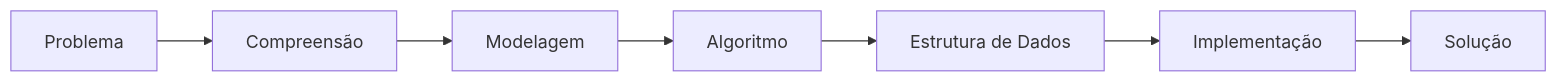
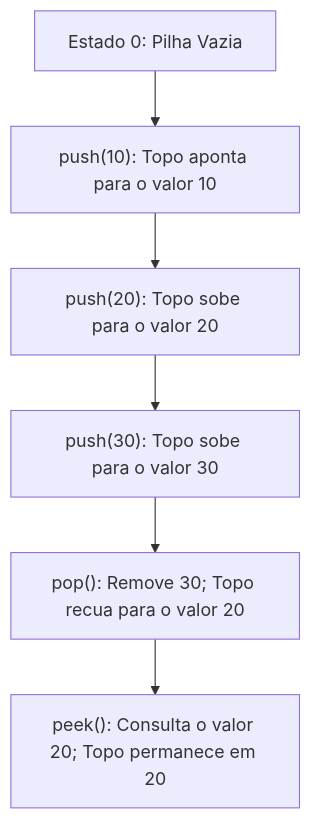
One commit to murilolol/unifef changed the first of 8 diagrams in 4º Semestre/[Prof. Wesley Soares] Estrutura de Dados I/Resumos-IA/Simulados-Comentados.md. Above: the diagram before and after it, drawn with Mermaid. The commit also changed other lines of this file and 25 other files, not shown here.

````diff
--- a/4º Semestre/[Prof. Wesley Soares] Estrutura de Dados I/Resumos-IA/Simulados-Comentados.md
+++ b/4º Semestre/[Prof. Wesley Soares] Estrutura de Dados I/Resumos-IA/Simulados-Comentados.md
@@ -228,9 +124,8 @@
 ```mermaid
-flowchart LR
-    P["Problema"] --> C["Compreensão"]
-    C --> M["Modelagem"]
-    M --> A["Algoritmo"]
-    A --> ED["Estrutura de Dados"]
-    ED --> I["Implementação"]
-    I --> S["Solução"]
+flowchart TD
+    A["Estado 0: Pilha Vazia"] --> B["push(10): Topo aponta para o valor 10"]
+    B --> C["push(20): Topo sobe para o valor 20"]
+    C --> D["push(30): Topo sobe para o valor 30"]
+    D --> E["pop(): Remove 30; Topo recua para o valor 20"]
+    E --> F["peek(): Consulta o valor 20; Topo permanece em 20"]
 ```
````
